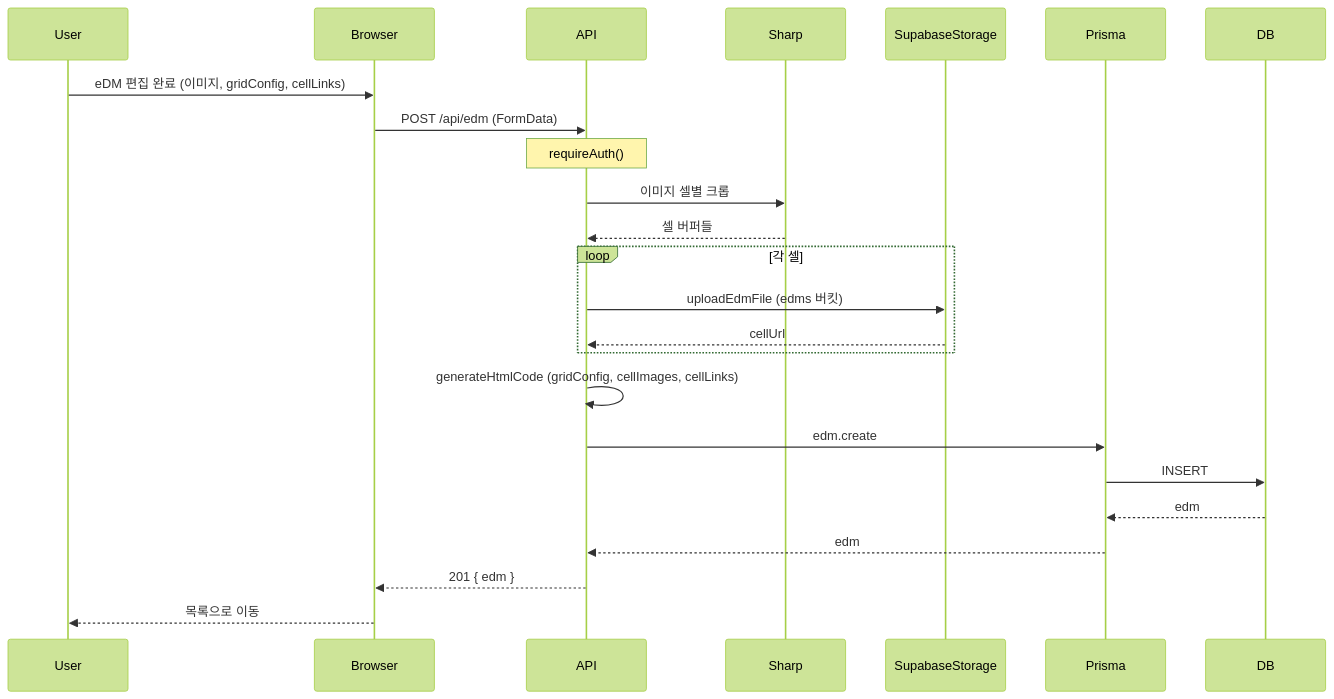
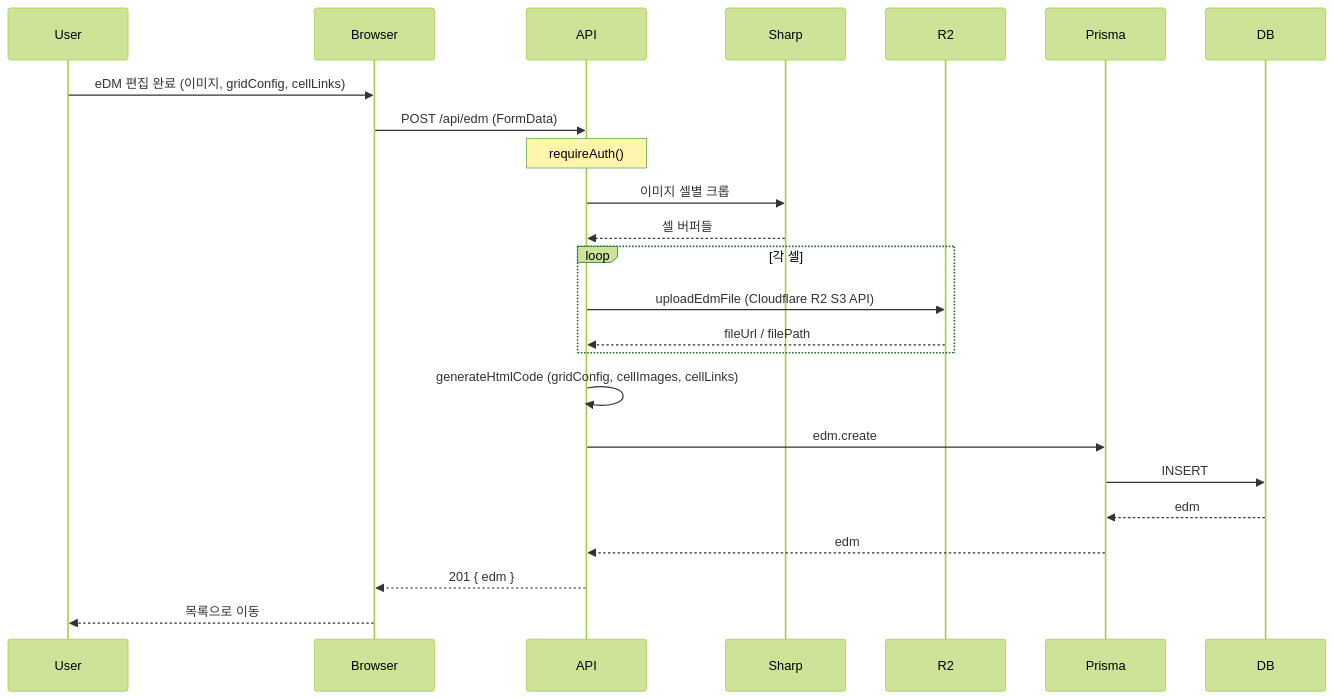
One commit to penta-design5/design5 changed the fourth of 4 diagrams in docs/DATA_FLOW.md. Above: the diagram before and after it, drawn with Mermaid (forest theme). The commit also changed other lines of this file and 8 other files, not shown here.

````diff
--- a/docs/DATA_FLOW.md
+++ b/docs/DATA_FLOW.md
@@ -99,27 +99,27 @@
 ```mermaid
 sequenceDiagram
   participant User
   participant Browser
   participant API
   participant Sharp
-  participant SupabaseStorage
+  participant R2
   participant Prisma
   participant DB
 
   User->>Browser: eDM 편집 완료 (이미지, gridConfig, cellLinks)
   Browser->>API: POST /api/edm (FormData)
   Note over API: requireAuth()
   API->>Sharp: 이미지 셀별 크롭
   Sharp-->>API: 셀 버퍼들
   loop 각 셀
-    API->>SupabaseStorage: uploadEdmFile (edms 버킷)
-    SupabaseStorage-->>API: cellUrl
+    API->>R2: uploadEdmFile (Cloudflare R2 S3 API)
+    R2-->>API: fileUrl / filePath
   end
   API->>API: generateHtmlCode (gridConfig, cellImages, cellLinks)
   API->>Prisma: edm.create
   Prisma->>DB: INSERT
   DB-->>Prisma: edm
   Prisma-->>API: edm
   API-->>Browser: 201 { edm }
   Browser-->>User: 목록으로 이동
 ```
````
